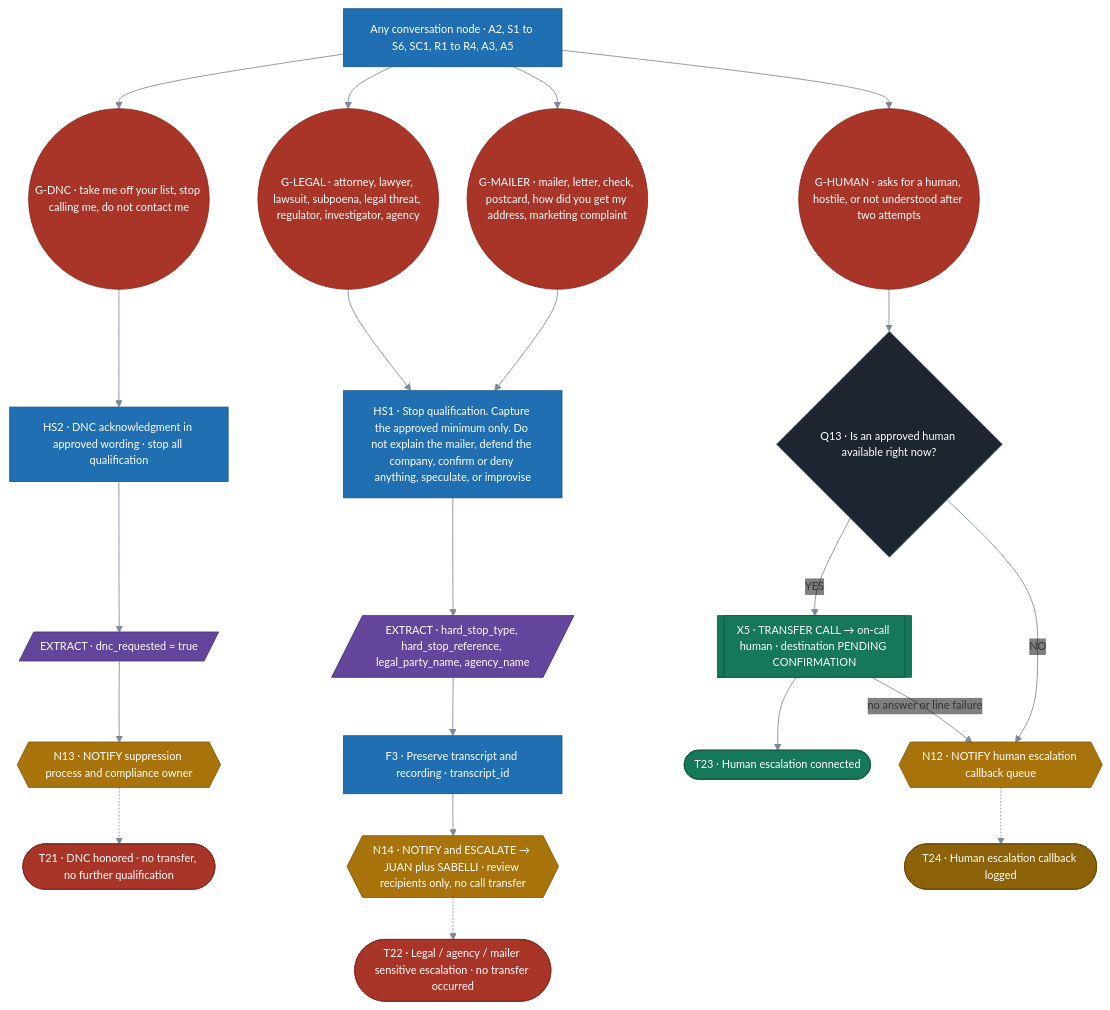
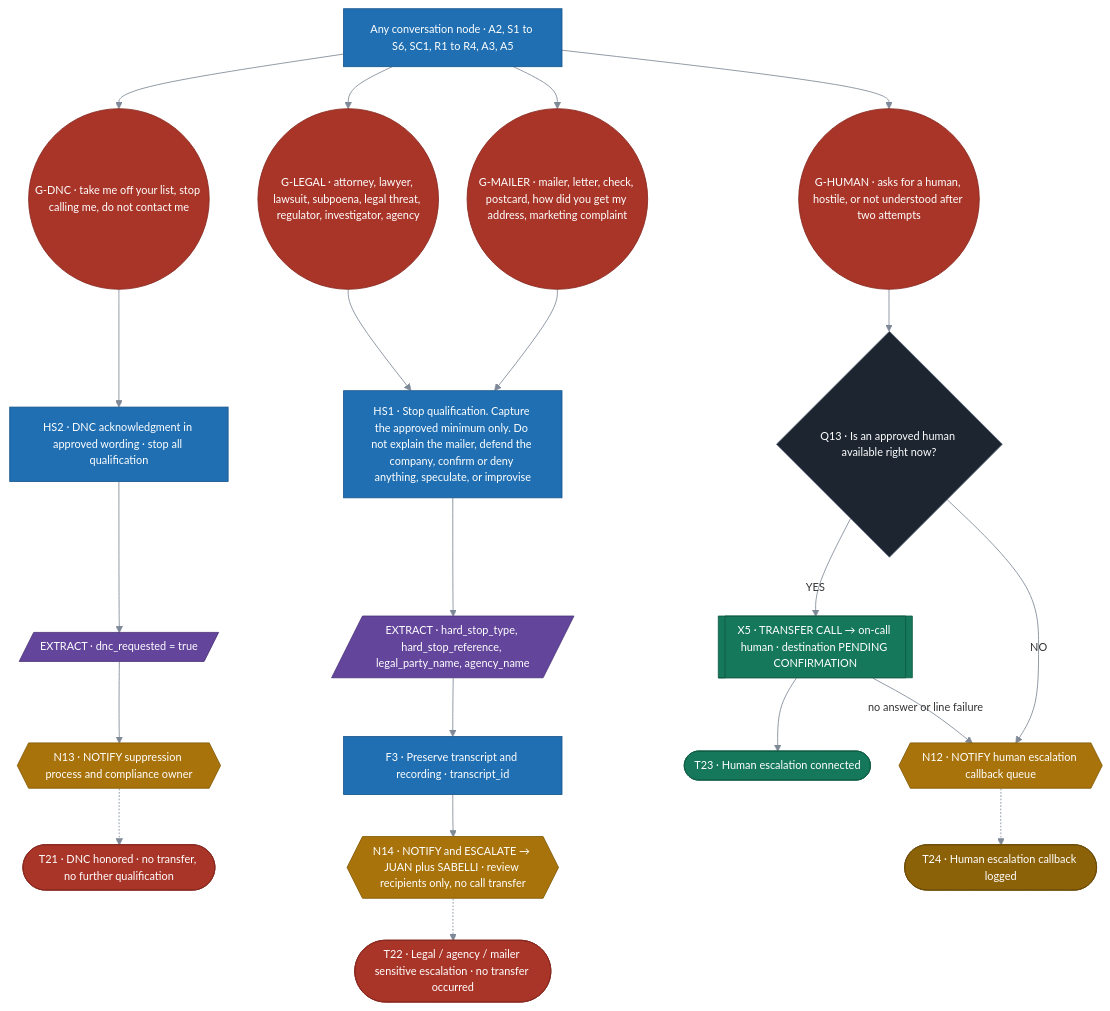
One commit to rosanes-cmyk/Ai-agent changed the seventh of 7 diagrams in docs/inbound-call-flow-v2.md. Above: the diagram before and after it, drawn with Mermaid. The commit also changed other lines of this file and 8 other files, not shown here.

First line of the commit message:
Add inbound call flow v2.1 flowchart

````diff
--- a/docs/inbound-call-flow-v2.md
+++ b/docs/inbound-call-flow-v2.md
@@ -269,44 +300,44 @@
 ```mermaid
-%%{init: {"theme":"base","themeVariables":{"fontFamily":"Archivo, ui-sans-serif, sans-serif","fontSize":"13px","lineColor":"#7E8896","textColor":"#7E8896","edgeLabelBackground":"transparent"},"flowchart":{"curve":"basis","nodeSpacing":34,"rankSpacing":50,"useMaxWidth":true}}}%%
+%%{init: {"theme":"base","themeVariables":{"fontFamily":"Archivo, ui-sans-serif, sans-serif","fontSize":"13px","lineColor":"#7E8896","textColor":"#7E8896","edgeLabelBackground":"transparent"},"flowchart":{"htmlLabels":false,"curve":"basis","nodeSpacing":34,"rankSpacing":50,"useMaxWidth":true}}}%%
 flowchart TD
   ANY["Any conversation node · A2, S1 to S6, SC1, R1 to R4, A3, A5"]:::action
   GD(("G-DNC · take me off your list, stop calling me, do not contact me")):::stop
   GL(("G-LEGAL · attorney, lawyer, lawsuit, subpoena, legal threat, regulator, investigator, agency")):::stop
   GM(("G-MAILER · mailer, letter, check, postcard, how did you get my address, marketing complaint")):::stop
   GH(("G-HUMAN · asks for a human, hostile, or not understood after two attempts")):::stop
   HS2["HS2 · DNC acknowledgment in approved wording · stop all qualification"]:::action
   V5[/"EXTRACT · dnc_requested = true"/]:::extract
   N13{{"N13 · NOTIFY suppression process and compliance owner"}}:::notify
   T21(["T21 · DNC honored · no transfer, no further qualification"]):::stop
   HS1["HS1 · Stop qualification. Capture the approved minimum only. Do not explain the mailer, defend the company, confirm or deny anything, speculate, or improvise"]:::action
   V4[/"EXTRACT · hard_stop_type, hard_stop_reference, legal_party_name, agency_name"/]:::extract
   F3["F3 · Preserve transcript and recording · transcript_id"]:::action
   N14{{"N14 · NOTIFY and ESCALATE → JUAN plus SABELLI · review recipients only, no call transfer"}}:::notify
   T22(["T22 · Legal / agency / mailer sensitive escalation · no transfer occurred"]):::stop
   Q13{"Q13 · Is an approved human available right now?"}:::decision
   X5[["X5 · TRANSFER CALL → on-call human · destination PENDING CONFIRMATION"]]:::success
   T23(["T23 · Human escalation connected"]):::success
   N12{{"N12 · NOTIFY human escalation callback queue"}}:::notify
   T24(["T24 · Human escalation callback logged"]):::notifyEnd
 
   ANY --> GD
   ANY --> GL
   ANY --> GM
   ANY --> GH
   GD --> HS2 --> V5 --> N13 -.-> T21
   GL --> HS1
   GM --> HS1
   HS1 --> V4 --> F3 --> N14 -.-> T22
   GH --> Q13
   Q13 -->|"YES"| X5 --> T23
   Q13 -->|"NO"| N12 -.-> T24
   X5 -->|"no answer or line failure"| N12
 
   classDef action fill:#1F6FB2,stroke:#17578C,color:#FFFFFF
   classDef decision fill:#1C2530,stroke:#6B7787,color:#FFFFFF
   classDef success fill:#16785A,stroke:#0F5B45,color:#FFFFFF
   classDef notify fill:#A8730A,stroke:#835A07,color:#FFFFFF
   classDef notifyEnd fill:#8C6208,stroke:#6B4B06,color:#FFFFFF
   classDef stop fill:#A93529,stroke:#87281E,color:#FFFFFF
   classDef extract fill:#63459C,stroke:#4C3479,color:#FFFFFF
 ```
````
